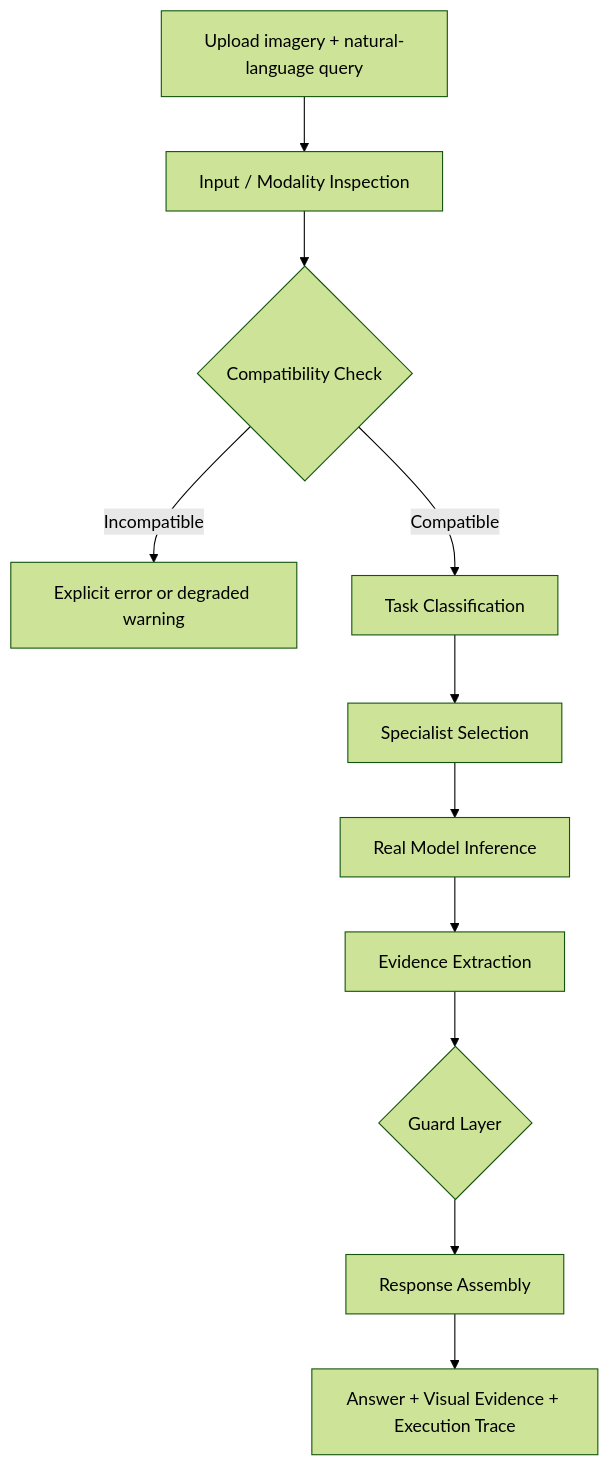
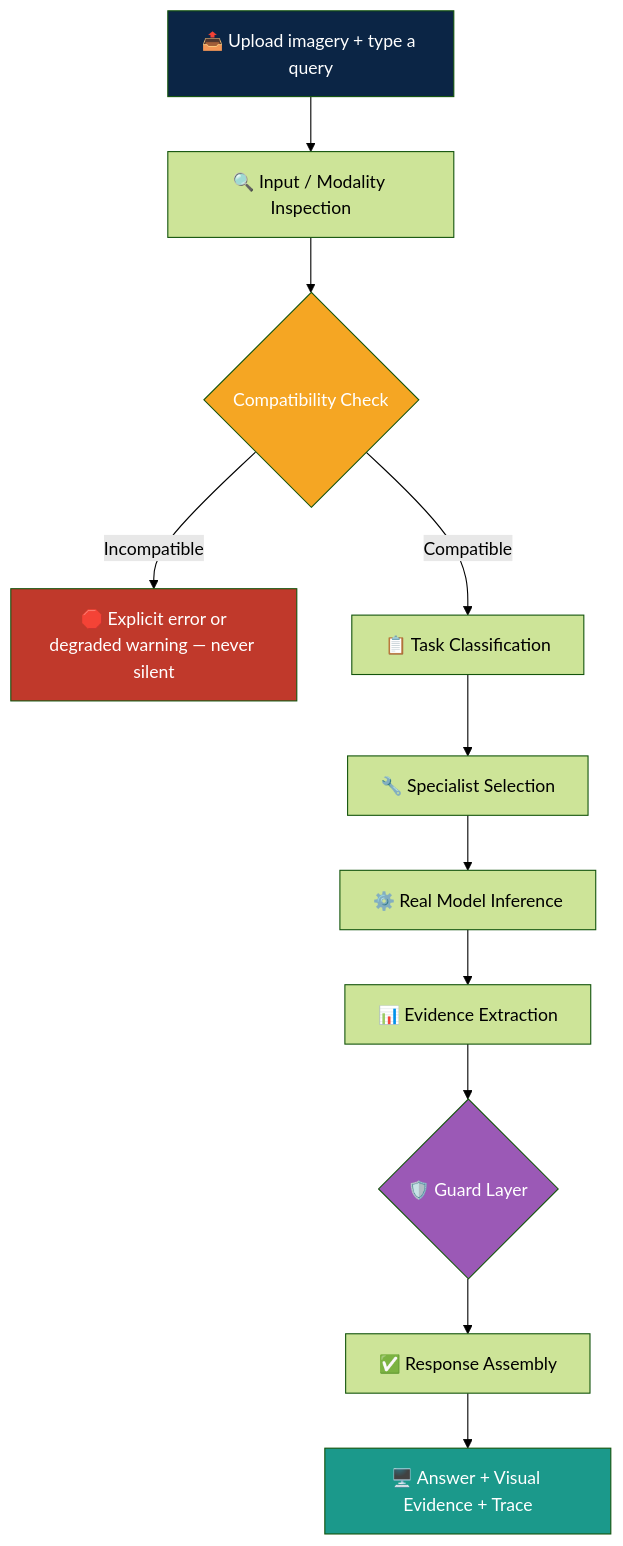
One commit to 1233-kp/satquery-ai changed the diagram in README.md. Above: the diagram before and after it, drawn with Mermaid (forest theme). The commit also changed other lines of this file, not shown here.

````diff
--- a/README.md
+++ b/README.md
@@ -589,15 +157,19 @@
 ```mermaid
 graph TD
-    A[Upload imagery + natural-language query] --> B[Input / Modality Inspection]
+    A[📤 Upload imagery + type a query] --> B[🔍 Input / Modality Inspection]
     B --> C{Compatibility Check}
+    C -->|Incompatible| C1[🛑 Explicit error or<br/>degraded warning — never silent]
+    C -->|Compatible| D[📋 Task Classification]
+    D --> E[🔧 Specialist Selection]
+    E --> F[⚙️ Real Model Inference]
+    F --> G[📊 Evidence Extraction]
+    G --> H{🛡️ Guard Layer}
+    H --> I[✅ Response Assembly]
+    I --> J[🖥️ Answer + Visual Evidence + Trace]
 
-    C -->|Incompatible| C1[Explicit error or degraded warning]
-    C -->|Compatible| D[Task Classification]
-
-    D --> E[Specialist Selection]
-    E --> F[Real Model Inference]
-    F --> G[Evidence Extraction]
-    G --> H{Guard Layer}
-    H --> I[Response Assembly]
-    I --> J[Answer + Visual Evidence + Execution Trace]
+    style A fill:#0B2545,color:#fff
+    style C fill:#F5A623,color:#fff
+    style C1 fill:#C0392B,color:#fff
+    style H fill:#9B59B6,color:#fff
+    style J fill:#1B998B,color:#fff
 ```
````
